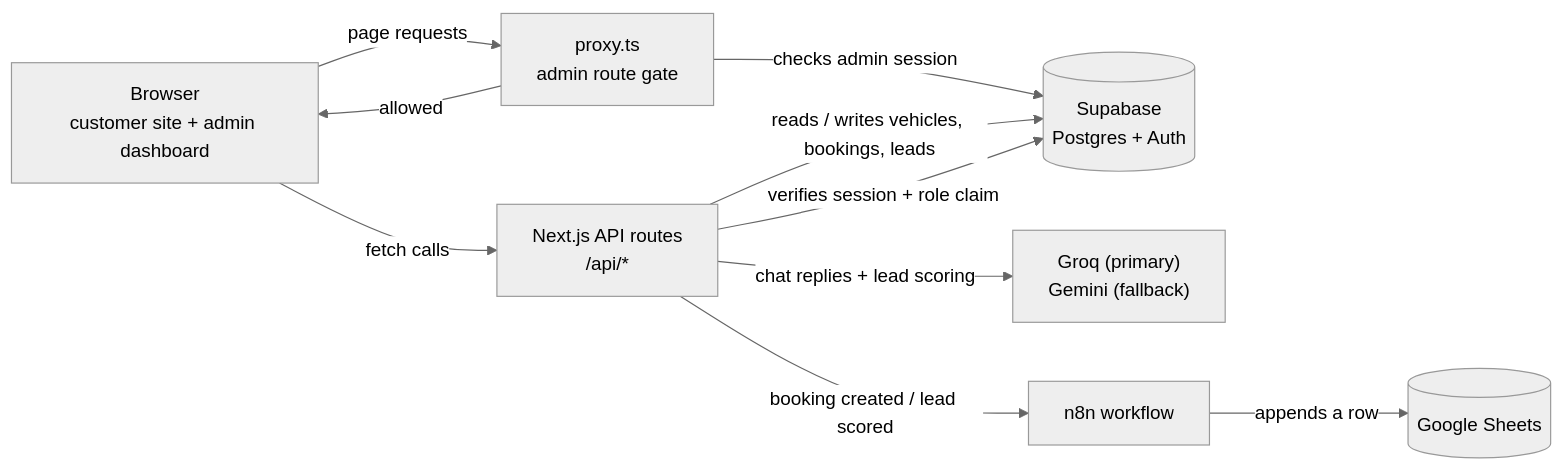
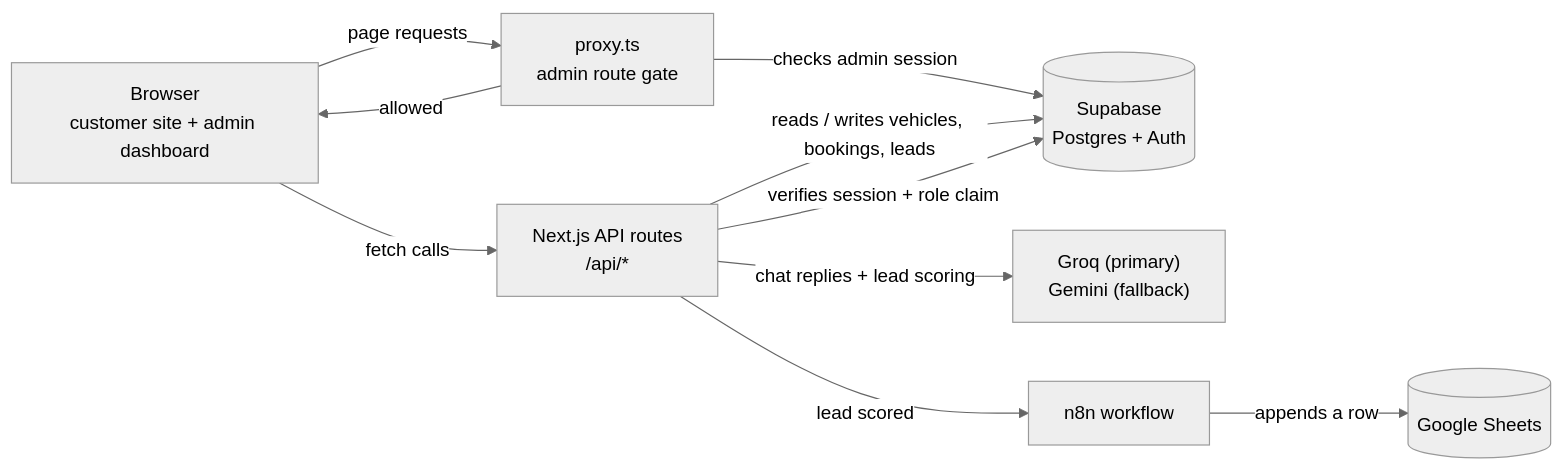
The diagram in README.md (mehenuf/car-rental-project), drawn with Mermaid (neutral theme) before and after one commit. The commit also changed other lines of this file and 12 other files, not shown here.

````diff
--- a/README.md
+++ b/README.md
@@ -64,21 +64,21 @@
 ```mermaid
 flowchart LR
     Browser["Browser<br/>customer site + admin dashboard"]
     Proxy["proxy.ts<br/>admin route gate"]
     API["Next.js API routes<br/>/api/*"]
     DB[("Supabase<br/>Postgres + Auth")]
     AI["Groq (primary)<br/>Gemini (fallback)"]
     N8N["n8n workflow"]
     Sheets[("Google Sheets")]
 
     Browser -->|page requests| Proxy
     Proxy -->|checks admin session| DB
     Proxy -->|allowed| Browser
 
     Browser -->|fetch calls| API
     API -->|reads / writes vehicles, bookings, leads| DB
     API -->|verifies session + role claim| DB
     API -->|chat replies + lead scoring| AI
-    API -->|booking created / lead scored| N8N
+    API -->|lead scored| N8N
     N8N -->|appends a row| Sheets
 ```
````
